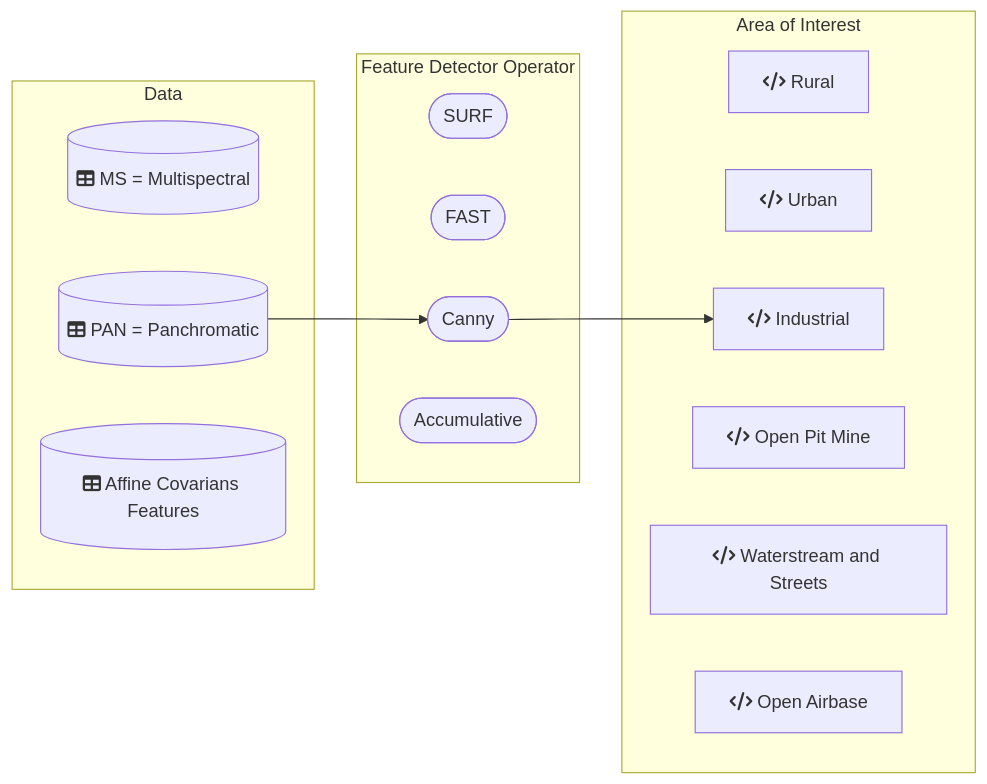
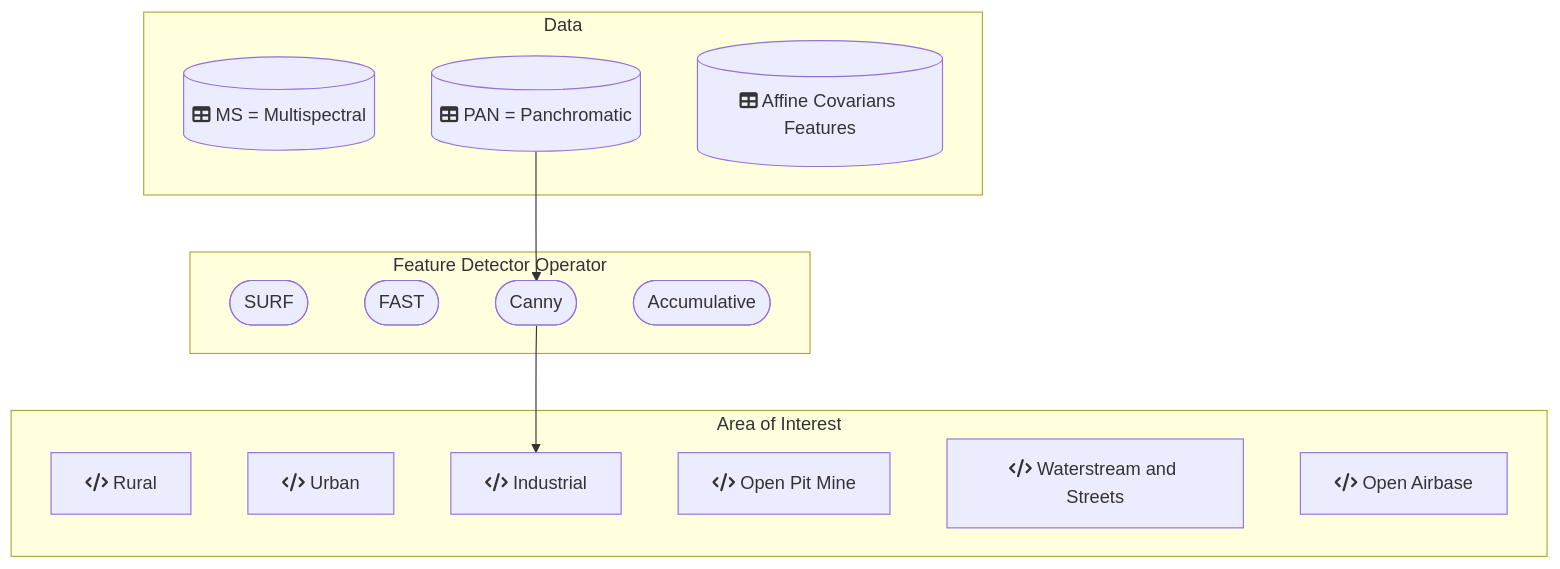
The diagram in Application/README.md (DippoldEJ/Feature-Detection-and-Explanation), drawn with Mermaid before and after one commit.

````diff
--- a/Application/README.md
+++ b/Application/README.md
@@ -13,29 +13,29 @@
 ```mermaid
-flowchart LR;
+flowchart TD;
 
  subgraph Data
         g[(fa:fa-table MS = Multispectral)]
         h[(fa:fa-table PAN = Panchromatic)]
         i[(fa:fa-table Affine Covarians Features)]
     end
 
  subgraph Feature Detector Operator
         j([SURF])
         k([FAST])
         l([Canny])
         m([Accumulative])
     end
 
 subgraph Area of Interest
     a[fa:fa-code Rural]
     b[fa:fa-code Urban]
     c[fa:fa-code Industrial]
     d[fa:fa-code Open Pit Mine]
     e[fa:fa-code Waterstream and Streets]
     f[fa:fa-code Open Airbase]
     end
 
 h-->l
 l-->c
 
 ```
````
